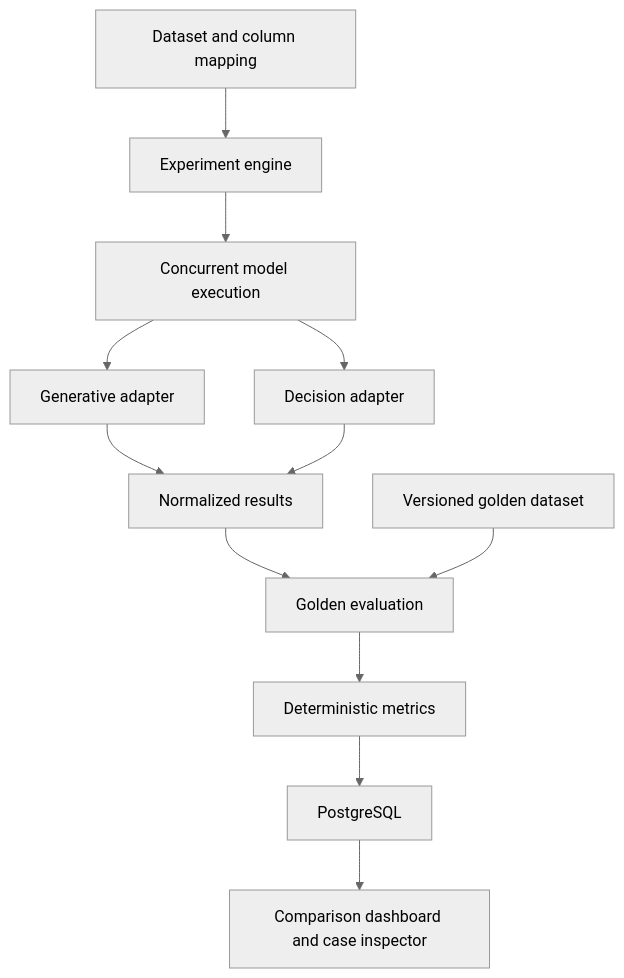
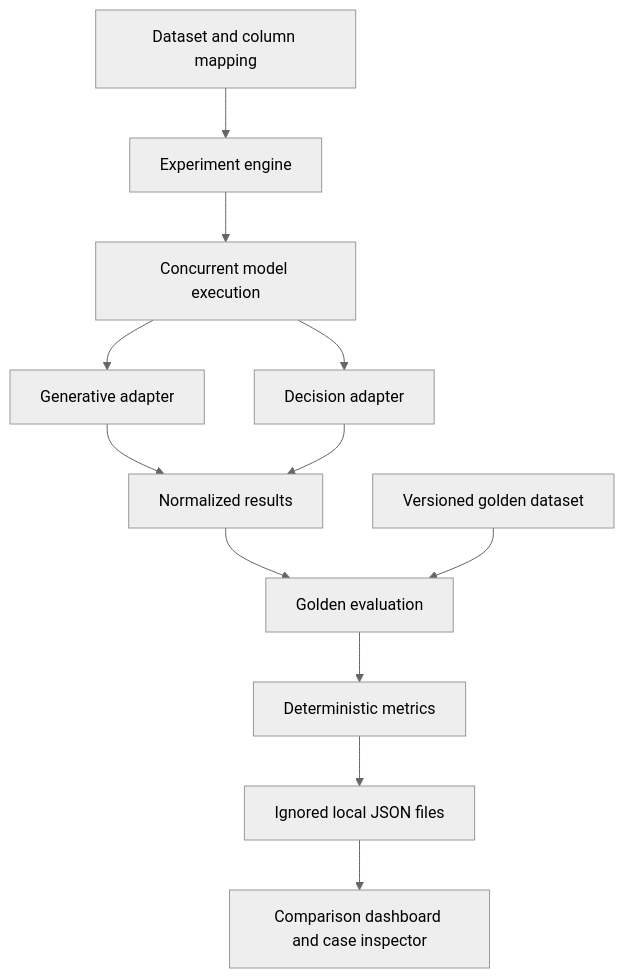
Before and after one commit to guiritaro19/openrouter-model-eval: the diagram in README.md, drawn with Mermaid (neutral theme). The commit also changed other lines of this file and 13 other files, not shown here.

````diff
--- a/README.md
+++ b/README.md
@@ -28,14 +58,14 @@
 ```mermaid
 flowchart TD
   D[Dataset and column mapping] --> E[Experiment engine]
   E --> F[Concurrent model execution]
   F --> L[Generative adapter]
   F --> J[Decision adapter]
   L --> N[Normalized results]
   J --> N
   N --> V[Golden evaluation]
   G[Versioned golden dataset] --> V
   V --> M[Deterministic metrics]
-  M --> P[PostgreSQL]
+  M --> P[Ignored local JSON files]
   P --> U[Comparison dashboard and case inspector]
 ```
````
